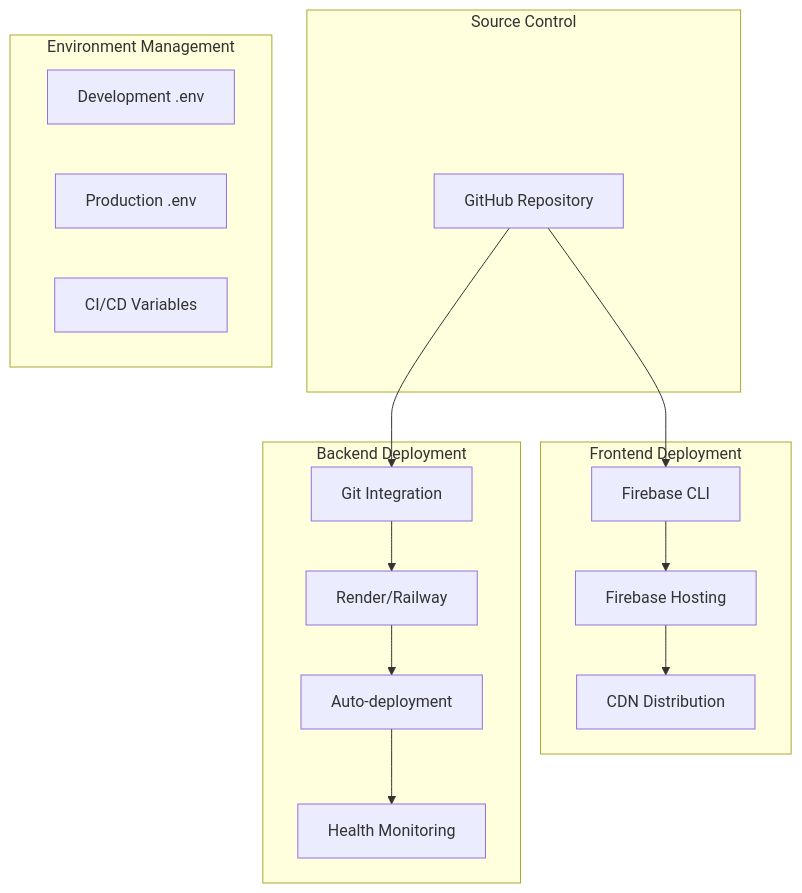
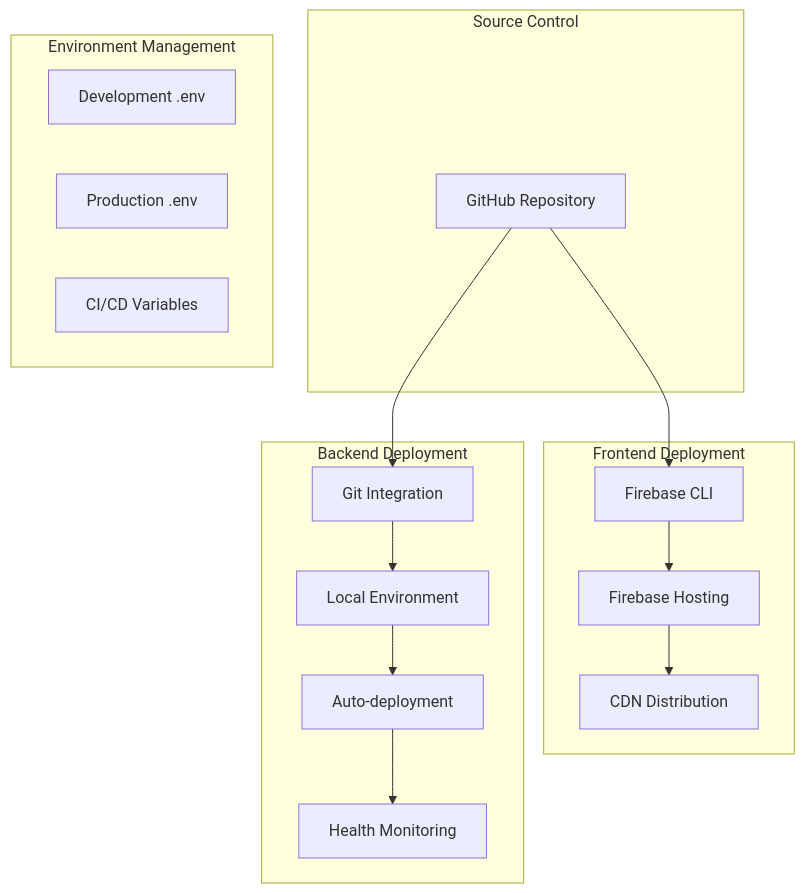
Before and after one commit to souzabruno01/CapyType-Race: the sixth of 6 diagrams in capytype/ARCHITECTURE.md, drawn with Mermaid. The commit also changed other lines of this file and 9 other files, not shown here.

````diff
--- a/capytype/ARCHITECTURE.md
+++ b/capytype/ARCHITECTURE.md
@@ -215,26 +215,26 @@
 ```mermaid
 graph TB
     subgraph "Source Control"
         A[GitHub Repository]
     end
     
     subgraph "Frontend Deployment"
         B[Firebase CLI] --> C[Firebase Hosting]
         C --> D[CDN Distribution]
     end
     
     subgraph "Backend Deployment"
-        E[Git Integration] --> F[Render/Railway]
+        E[Git Integration] --> F[Local Environment]
         F --> G[Auto-deployment]
         G --> H[Health Monitoring]
     end
     
     A --> B
     A --> E
     
     subgraph "Environment Management"
         I[Development .env]
         J[Production .env]
         K[CI/CD Variables]
     end
 ```
````
